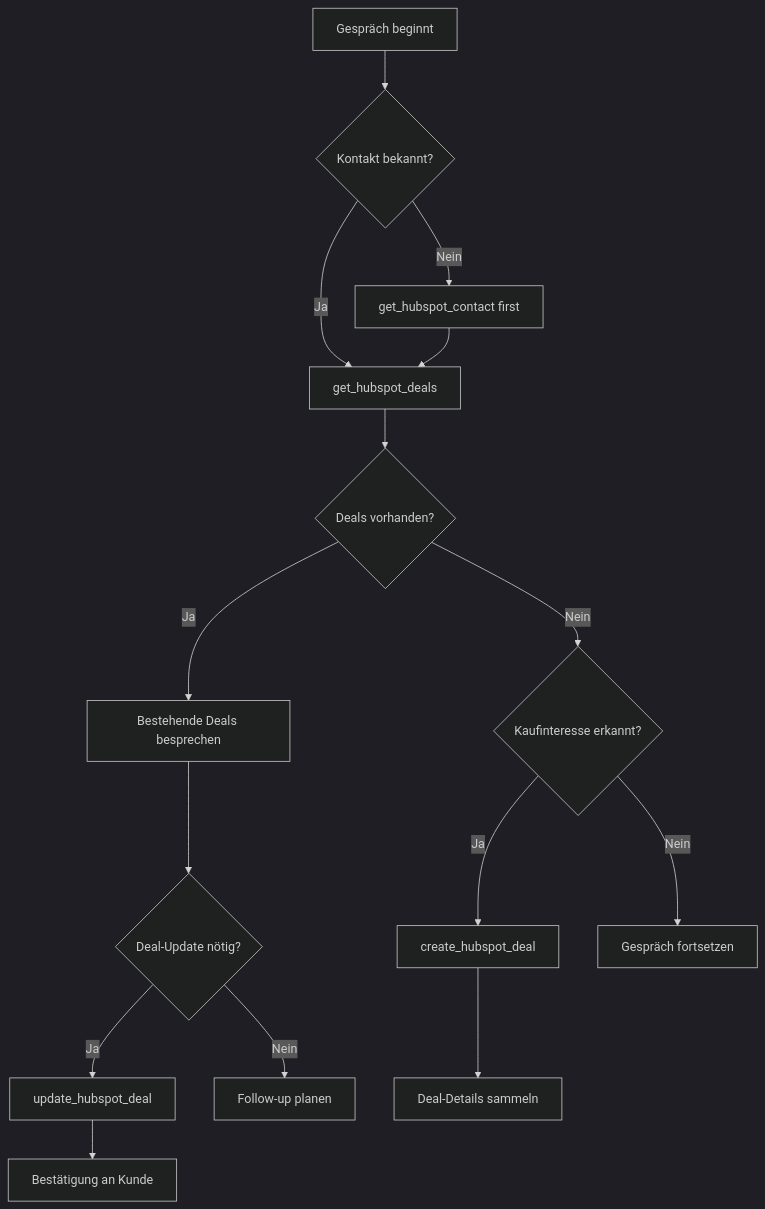
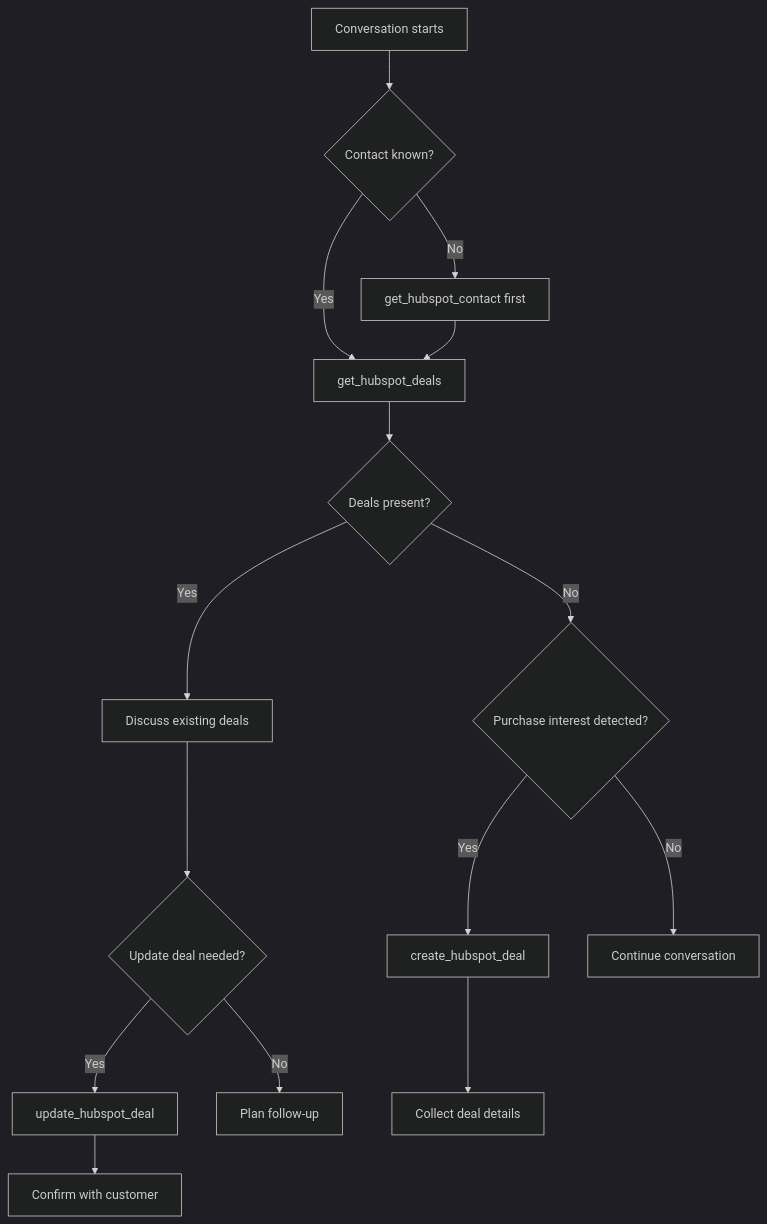
Before and after one commit to bekgroup/Famulor-docs-de: the first of 2 diagrams in en/automation-platform/mid-call-tools/integration-templates/hubspot-deal-management.mdx, drawn with Mermaid (dark theme). The commit also changed other lines of this file, not shown here.

````diff
--- a/en/automation-platform/mid-call-tools/integration-templates/hubspot-deal-management.mdx
+++ b/en/automation-platform/mid-call-tools/integration-templates/hubspot-deal-management.mdx
@@ -263,17 +262,17 @@
 ```mermaid
 flowchart TD
-    A[Gespräch beginnt] --> B{Kontakt bekannt?}
-    B -->|Ja| C[get_hubspot_deals]
-    B -->|Nein| D[get_hubspot_contact first]
+    A[Conversation starts] --> B{Contact known?}
+    B -->|Yes| C[get_hubspot_deals]
+    B -->|No| D[get_hubspot_contact first]
     D --> C
-    C --> E{Deals vorhanden?}
-    E -->|Ja| F[Bestehende Deals besprechen]
-    E -->|Nein| G{Kaufinteresse erkannt?}
-    F --> H{Deal-Update nötig?}
-    G -->|Ja| I[create_hubspot_deal]
-    G -->|Nein| J[Gespräch fortsetzen]
-    H -->|Ja| K[update_hubspot_deal]
-    H -->|Nein| L[Follow-up planen]
-    I --> M[Deal-Details sammeln]
-    K --> N[Bestätigung an Kunde]
+    C --> E{Deals present?}
+    E -->|Yes| F[Discuss existing deals]
+    E -->|No| G{Purchase interest detected?}
+    F --> H{Update deal needed?}
+    G -->|Yes| I[create_hubspot_deal]
+    G -->|No| J[Continue conversation]
+    H -->|Yes| K[update_hubspot_deal]
+    H -->|No| L[Plan follow-up]
+    I --> M[Collect deal details]
+    K --> N[Confirm with customer]
 ```
````
